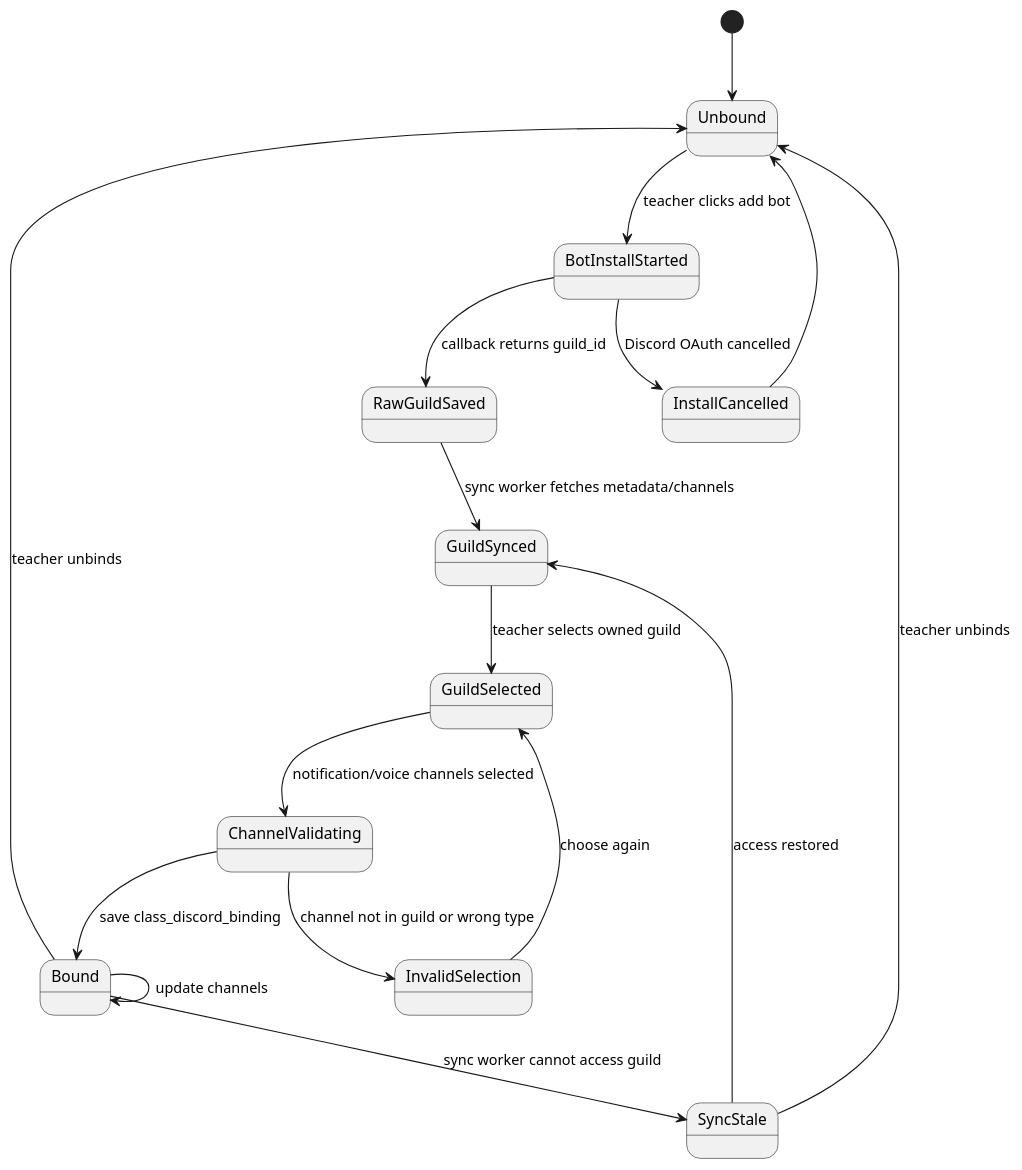
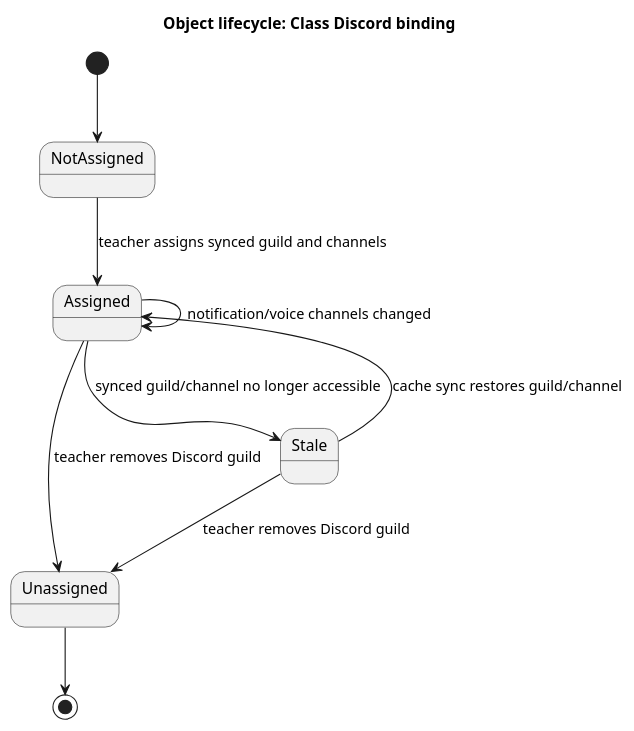
One commit to owlx206/tms-monorepo changed the diagram in uml/state/class-discord-binding.puml. Above: the diagram before and after it, drawn with PlantUML. The commit also changed 234 other files, not shown here.

```diff
--- a/uml/state/class-discord-binding.puml
+++ b/uml/state/class-discord-binding.puml
@@ -1,18 +1,11 @@
 @startuml
-[*] --> Unbound
-Unbound --> BotInstallStarted : teacher clicks add bot
-BotInstallStarted --> InstallCancelled : Discord OAuth cancelled
-BotInstallStarted --> RawGuildSaved : callback returns guild_id
-RawGuildSaved --> GuildSynced : sync worker fetches metadata/channels
-GuildSynced --> GuildSelected : teacher selects owned guild
-GuildSelected --> ChannelValidating : notification/voice channels selected
-ChannelValidating --> InvalidSelection : channel not in guild or wrong type
-InvalidSelection --> GuildSelected : choose again
-ChannelValidating --> Bound : save class_discord_binding
-Bound --> Bound : update channels
-Bound --> Unbound : teacher unbinds
-Bound --> SyncStale : sync worker cannot access guild
-SyncStale --> GuildSynced : access restored
-SyncStale --> Unbound : teacher unbinds
-InstallCancelled --> Unbound
+title Object lifecycle: Class Discord binding
+[*] --> NotAssigned
+NotAssigned --> Assigned : teacher assigns synced guild and channels
+Assigned --> Assigned : notification/voice channels changed
+Assigned --> Unassigned : teacher removes Discord guild
+Assigned --> Stale : synced guild/channel no longer accessible
+Stale --> Assigned : cache sync restores guild/channel
+Stale --> Unassigned : teacher removes Discord guild
+Unassigned --> [*]
 @enduml
```
